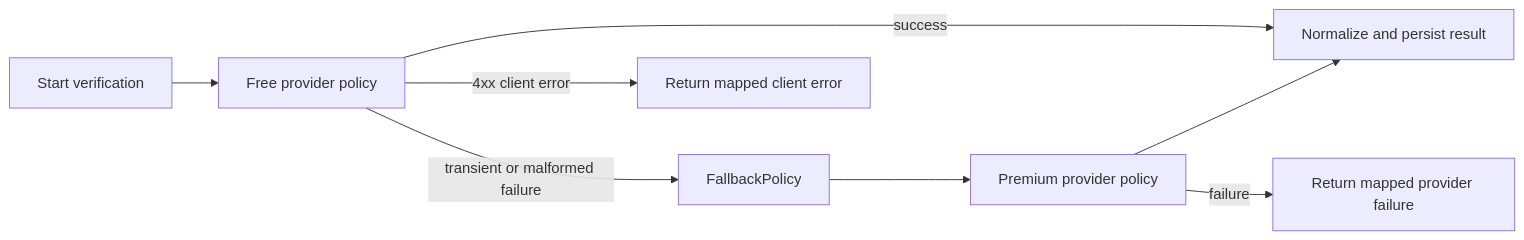
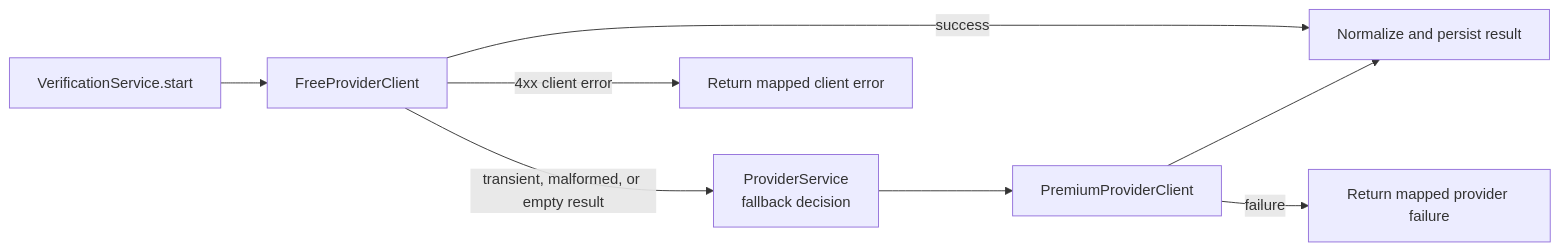
Before and after one commit to migangdelzar/company-check-workspace: the second of 4 diagrams in docs/architecture/resilience.md, drawn with Mermaid. The commit also changed other lines of this file and 17 other files, not shown here.

Commit message:
docs: align architecture references with layered backend

````diff
--- a/docs/architecture/resilience.md
+++ b/docs/architecture/resilience.md
@@ -51,10 +54,10 @@
 ```mermaid
 flowchart LR
-  Request[Start verification] --> Free[Free provider policy]
+  Request[VerificationService.start] --> Free[FreeProviderClient]
   Free -->|success| Result[Normalize and persist result]
-  Free -->|transient or malformed failure| Fallback[FallbackPolicy]
-  Fallback --> Premium[Premium provider policy]
+  Free -->|transient, malformed, or empty result| Fallback[ProviderService\nfallback decision]
+  Fallback --> Premium[PremiumProviderClient]
   Premium --> Result
   Free -->|4xx client error| Error[Return mapped client error]
   Premium -->|failure| Error2[Return mapped provider failure]
 ```
````
